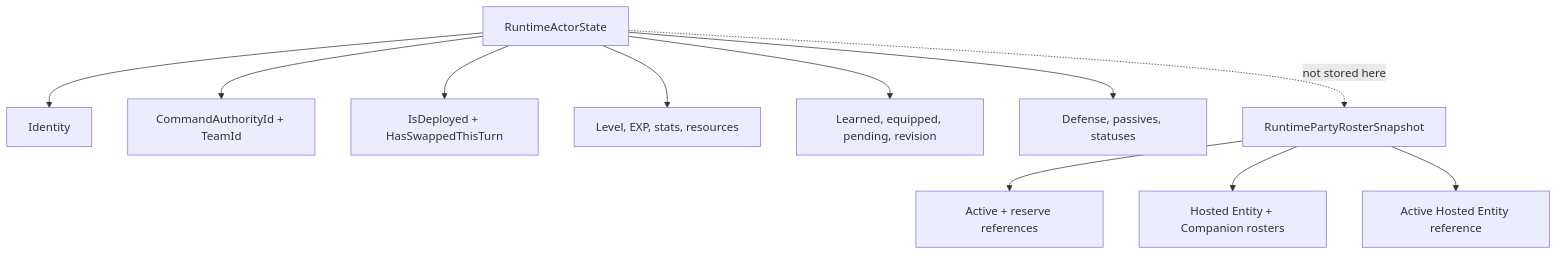
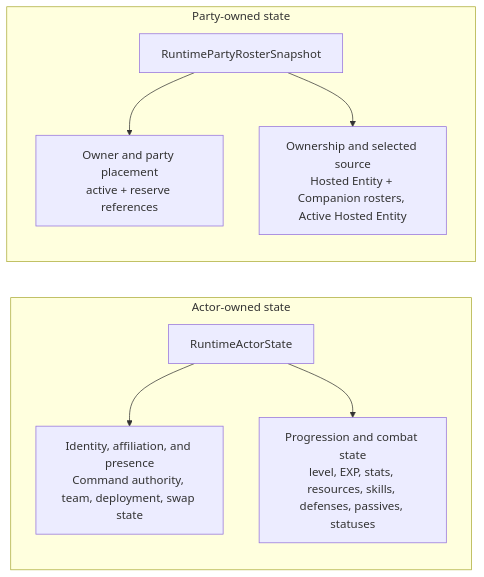
The first of 4 diagrams in docs/technical/runtime-actor-state-and-restoration.md (KayelC/Convergence), drawn with Mermaid before and after one commit.

Commit message:
docs: improve runtime diagram readability

````diff
--- a/docs/technical/runtime-actor-state-and-restoration.md
+++ b/docs/technical/runtime-actor-state-and-restoration.md
@@ -59,13 +59,16 @@
 ```mermaid
-flowchart TD
-    Actor["RuntimeActorState"] --> Identity["Identity"]
-    Actor --> Affiliation["CommandAuthorityId + TeamId"]
-    Actor --> Presence["IsDeployed + HasSwappedThisTurn"]
-    Actor --> Progression["Level, EXP, stats, resources"]
-    Actor --> Skills["Learned, equipped, pending, revision"]
-    Actor --> Combat["Defense, passives, statuses"]
-    Party["RuntimePartyRosterSnapshot"] --> Placement["Active + reserve references"]
-    Party --> Ownership["Hosted Entity + Companion rosters"]
-    Party --> Selected["Active Hosted Entity reference"]
-    Actor -. "not stored here" .-> Party
+flowchart LR
+    subgraph ActorAuthority["Actor-owned state"]
+        direction TB
+        Actor["RuntimeActorState"]
+        Actor --> ActorIdentity["Identity, affiliation, and presence<br/>Command authority, team, deployment, swap state"]
+        Actor --> ActorRuntime["Progression and combat state<br/>level, EXP, stats, resources, skills, defenses, passives, statuses"]
+    end
+
+    subgraph RosterAuthority["Party-owned state"]
+        direction TB
+        Party["RuntimePartyRosterSnapshot"]
+        Party --> PartyPlacement["Owner and party placement<br/>active + reserve references"]
+        Party --> PartyOwnership["Ownership and selected source<br/>Hosted Entity + Companion rosters, Active Hosted Entity"]
+    end
 ```
````
